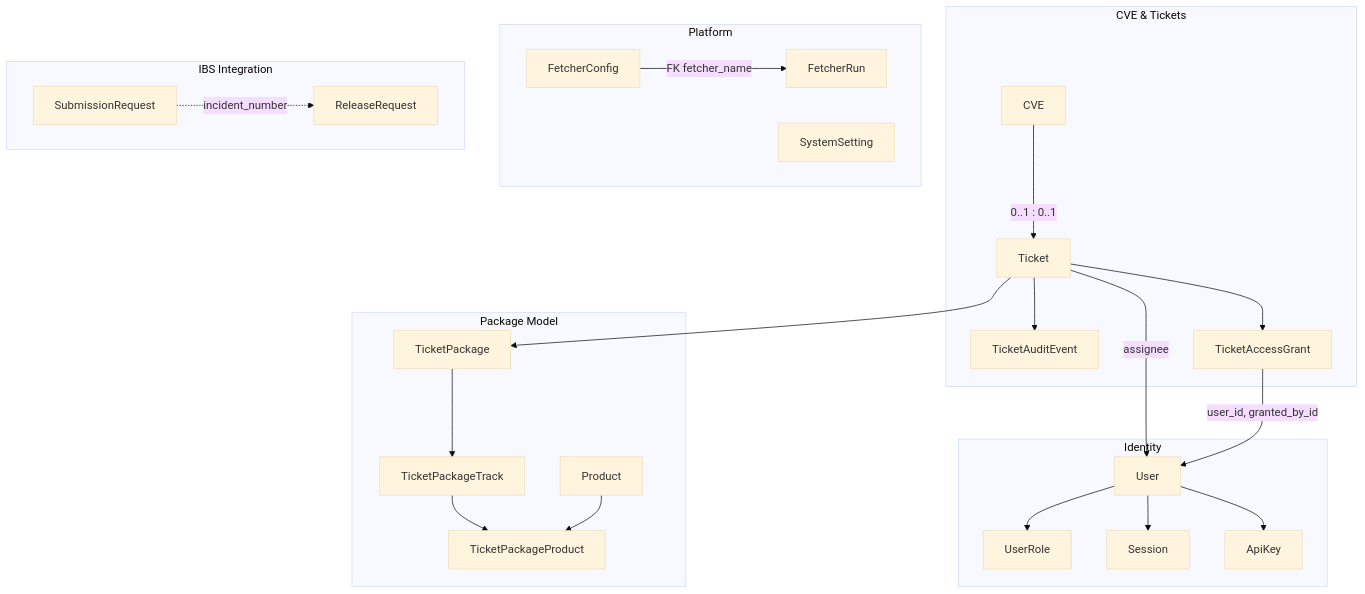
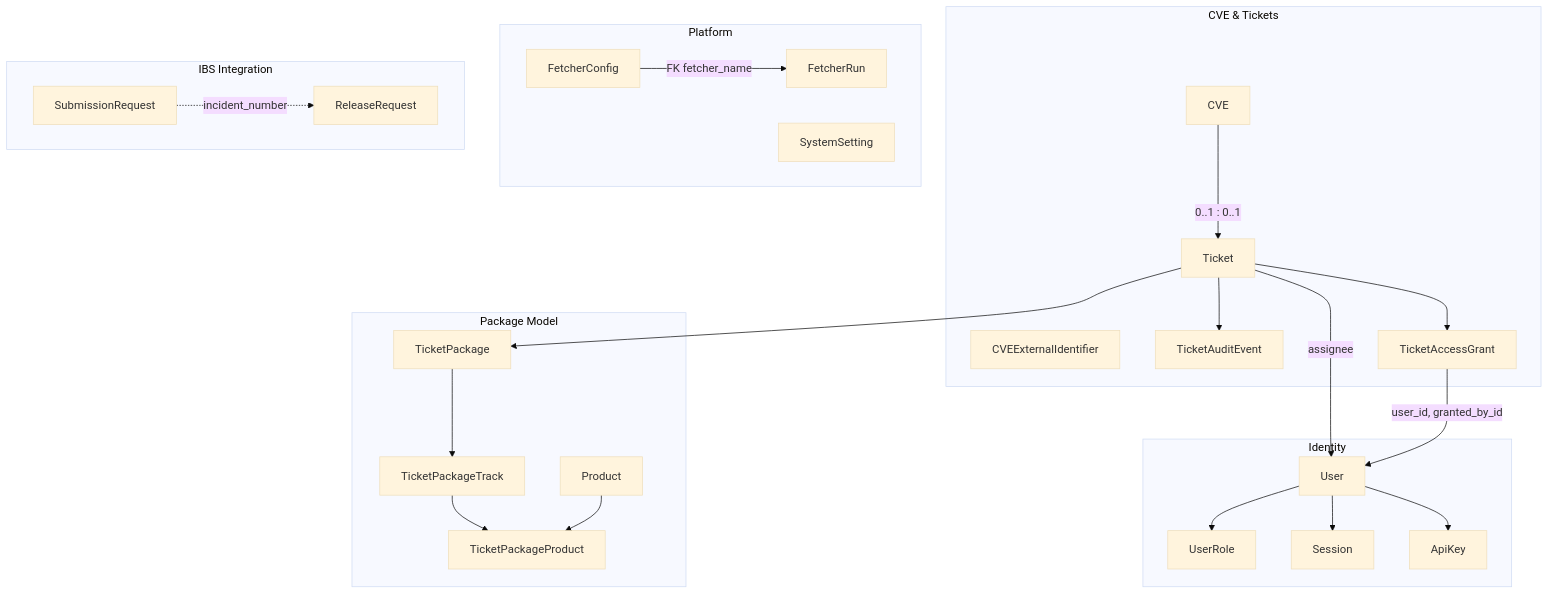
The first of 6 diagrams in docs/data-model.md (StayPirate/STAMP), drawn with Mermaid (base theme) before and after one commit. The commit also changed other lines of this file and 6 other files, not shown here.

````diff
--- a/docs/data-model.md
+++ b/docs/data-model.md
@@ -20,49 +20,50 @@
 ```mermaid
 flowchart TB
     subgraph cve_tickets["CVE & Tickets"]
         CVE
+        CVEExternalIdentifier
         Ticket
         TicketAuditEvent
         TicketAccessGrant
     end
 
     subgraph packages["Package Model"]
         TicketPackage
         TicketPackageTrack
         TicketPackageProduct
         Product
     end
 
     subgraph identity["Identity"]
         User
         UserRole
         Session
         ApiKey
     end
 
     subgraph platform["Platform"]
         FetcherConfig
         FetcherRun
         SystemSetting
     end
 
     subgraph ibs["IBS Integration"]
         SubmissionRequest
         ReleaseRequest
     end
 
     CVE -->|"0..1 : 0..1"| Ticket
     Ticket --> TicketAuditEvent
     Ticket --> TicketAccessGrant
     Ticket --> TicketPackage
     Ticket -->|"assignee"| User
     TicketAccessGrant -->|"user_id, granted_by_id"| User
     TicketPackage --> TicketPackageTrack
     TicketPackageTrack --> TicketPackageProduct
     Product --> TicketPackageProduct
     User --> UserRole
     User --> Session
     User --> ApiKey
     FetcherConfig -->|"FK fetcher_name"| FetcherRun
     SubmissionRequest -.->|"incident_number"| ReleaseRequest
 ```
````
